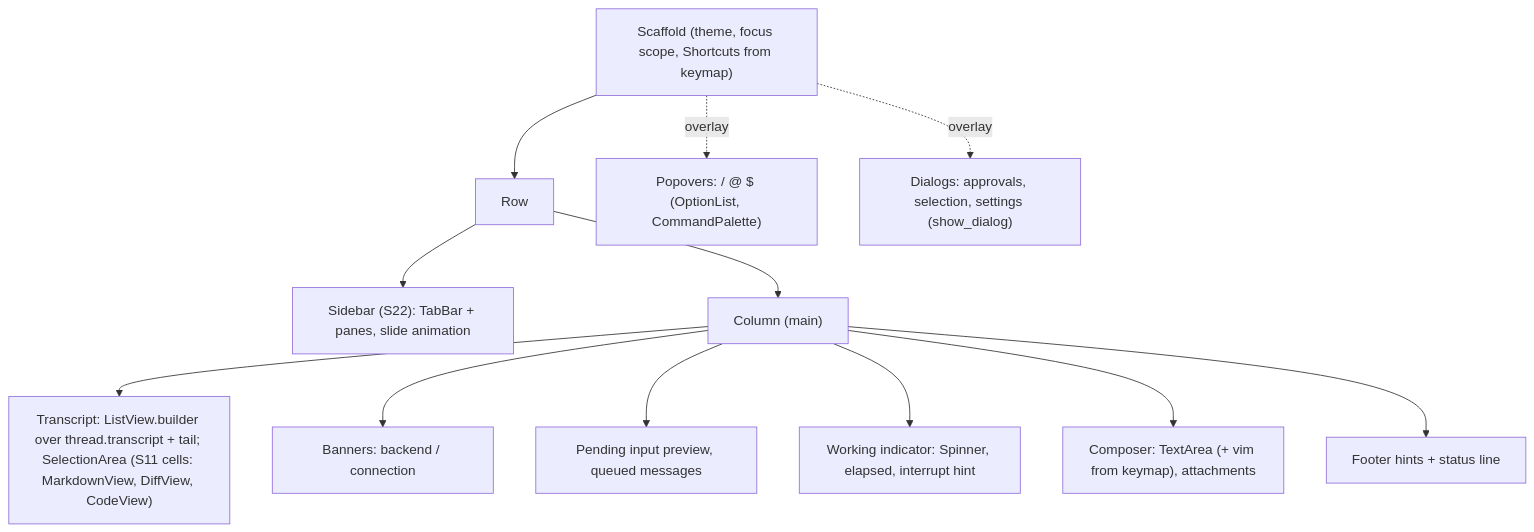
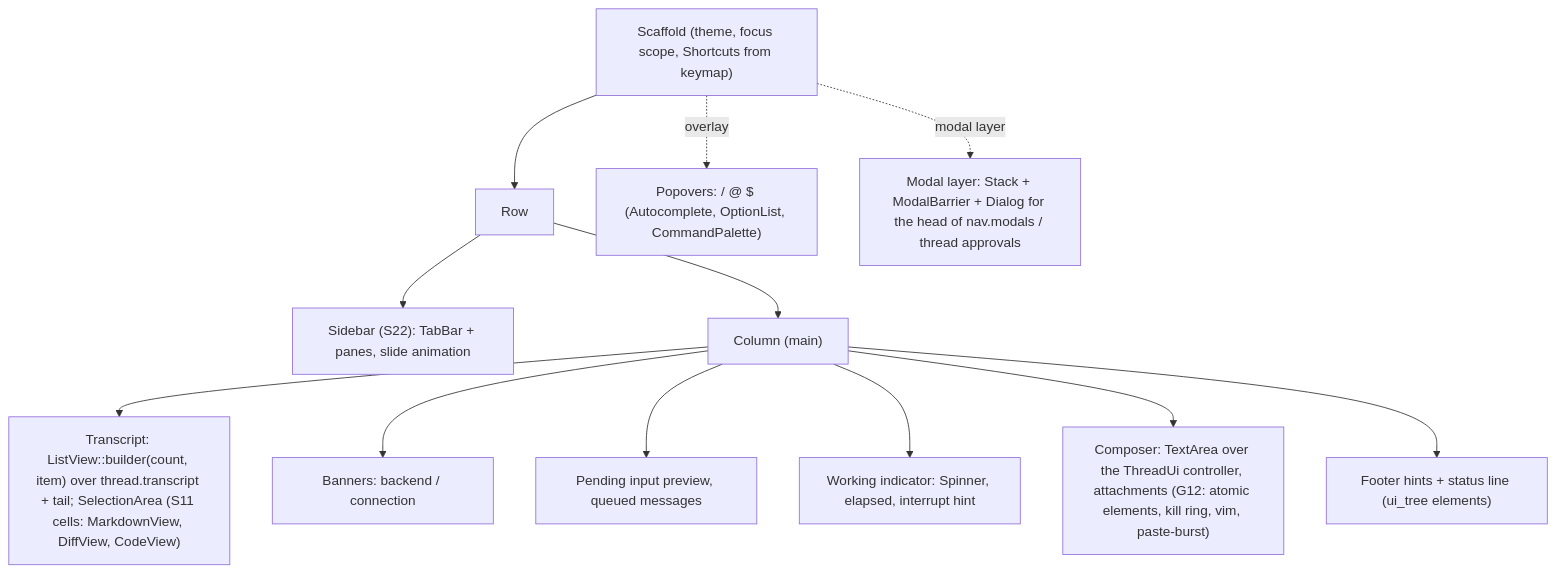
One commit to Maryarty/CodexCLI changed the ninth of 11 diagrams in docs/rtwk-port/design.md. Above: the diagram before and after it, drawn with Mermaid. The commit also changed other lines of this file and 10 other files, not shown here.

First line of the commit message:
arch-review: independent Opus review of the architecture; findings fixed

````diff
--- a/docs/rtwk-port/design.md
+++ b/docs/rtwk-port/design.md
@@ -303,15 +337,15 @@
 ```mermaid
 flowchart TB
   scaffold["Scaffold (theme, focus scope, Shortcuts from keymap)"]
   scaffold --> row["Row"]
   row --> sidebar["Sidebar (S22): TabBar + panes, slide animation"]
   row --> col["Column (main)"]
-  col --> list["Transcript: ListView.builder over thread.transcript + tail; SelectionArea (S11 cells: MarkdownView, DiffView, CodeView)"]
+  col --> list["Transcript: ListView::builder(count, item) over thread.transcript + tail; SelectionArea (S11 cells: MarkdownView, DiffView, CodeView)"]
   col --> banners["Banners: backend / connection"]
   col --> pending["Pending input preview, queued messages"]
   col --> working["Working indicator: Spinner, elapsed, interrupt hint"]
-  col --> composer["Composer: TextArea (+ vim from keymap), attachments"]
-  col --> footer["Footer hints + status line"]
-  scaffold -.overlay.-> popovers["Popovers: / @ $ (OptionList, CommandPalette)"]
-  scaffold -.overlay.-> dialogs["Dialogs: approvals, selection, settings (show_dialog)"]
+  col --> composer["Composer: TextArea over the ThreadUi controller, attachments (G12: atomic elements, kill ring, vim, paste-burst)"]
+  col --> footer["Footer hints + status line (ui_tree elements)"]
+  scaffold -.overlay.-> popovers["Popovers: / @ $ (Autocomplete, OptionList, CommandPalette)"]
+  scaffold -.modal layer.-> dialogs["Modal layer: Stack + ModalBarrier + Dialog for the head of nav.modals / thread approvals"]
 ```
````
